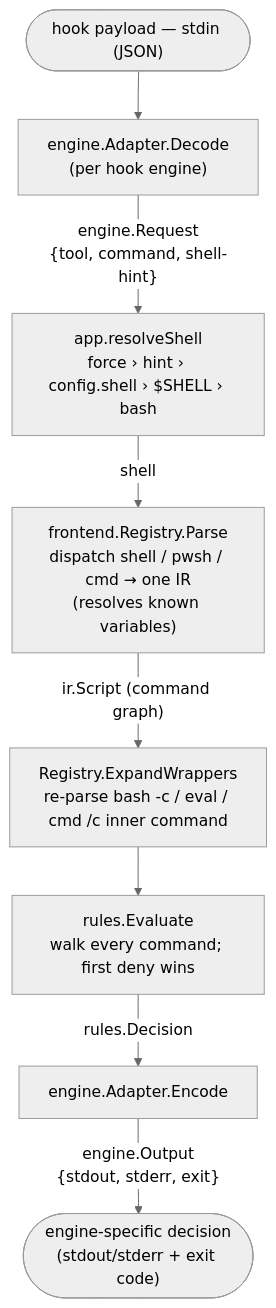
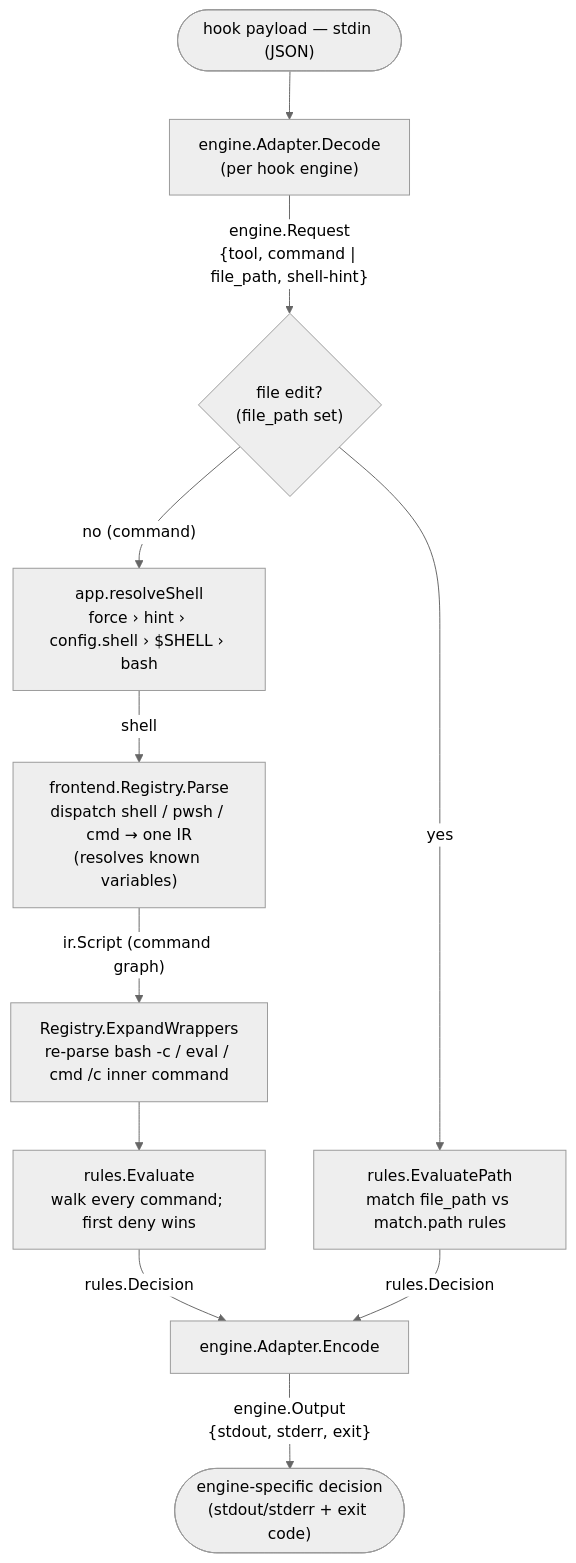
One commit to ctxloom/llm-tool-killer changed the diagram in docs/ARCHITECTURE.md. Above: the diagram before and after it, drawn with Mermaid (neutral theme). The commit also changed other lines of this file and 24 other files, not shown here.

First line of the commit message:
Add file-edit rules: full globs, directory subtrees, @submodules, confirm delay

````diff
--- a/docs/ARCHITECTURE.md
+++ b/docs/ARCHITECTURE.md
@@ -8,10 +15,13 @@
 ```mermaid
 flowchart TD
     in(["hook payload — stdin (JSON)"]) --> decode["engine.Adapter.Decode<br/>(per hook engine)"]
-    decode -->|"engine.Request<br/>{tool, command, shell-hint}"| resolve["app.resolveShell<br/>force › hint › config.shell › $SHELL › bash"]
+    decode -->|"engine.Request<br/>{tool, command | file_path, shell-hint}"| branch{"file edit?<br/>(file_path set)"}
+    branch -->|"yes"| epath["rules.EvaluatePath<br/>match file_path vs match.path rules"]
+    branch -->|"no (command)"| resolve["app.resolveShell<br/>force › hint › config.shell › $SHELL › bash"]
     resolve -->|shell| parse["frontend.Registry.Parse<br/>dispatch shell / pwsh / cmd → one IR<br/>(resolves known variables)"]
     parse -->|"ir.Script (command graph)"| wrap["Registry.ExpandWrappers<br/>re-parse bash -c / eval / cmd /c inner command"]
     wrap --> eval["rules.Evaluate<br/>walk every command; first deny wins"]
     eval -->|"rules.Decision"| encode["engine.Adapter.Encode"]
+    epath -->|"rules.Decision"| encode
     encode -->|"engine.Output<br/>{stdout, stderr, exit}"| out(["engine-specific decision<br/>(stdout/stderr + exit code)"])
 ```
````
